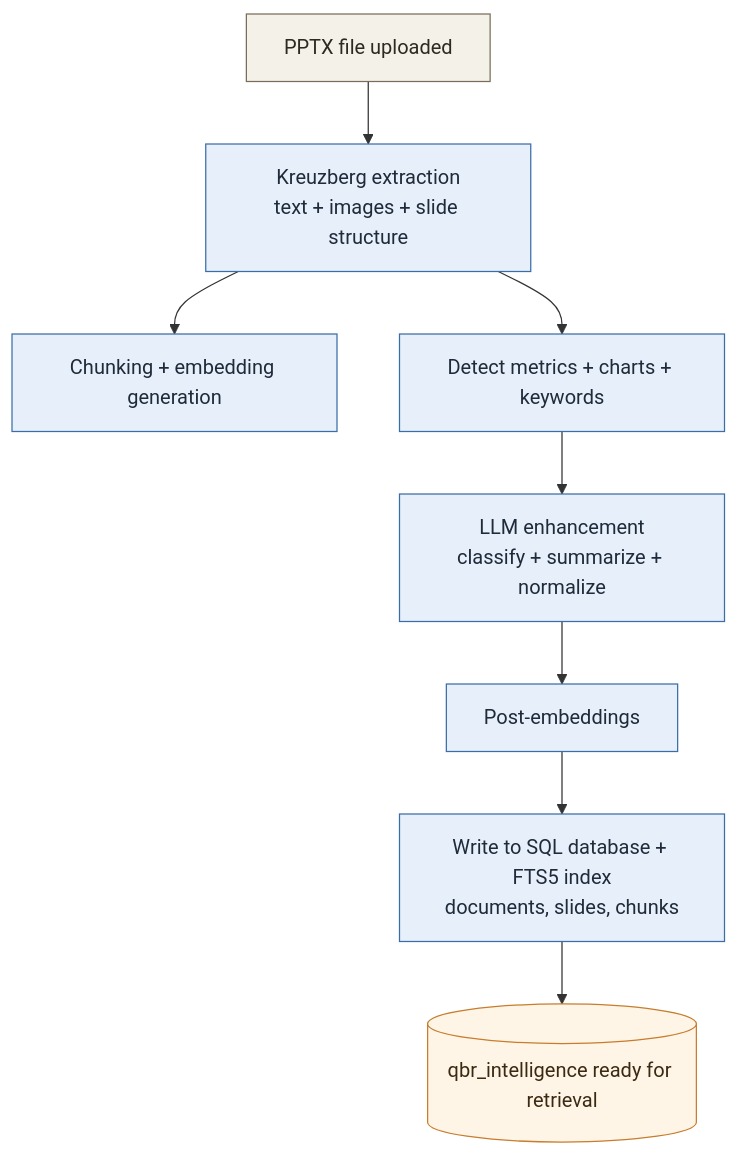
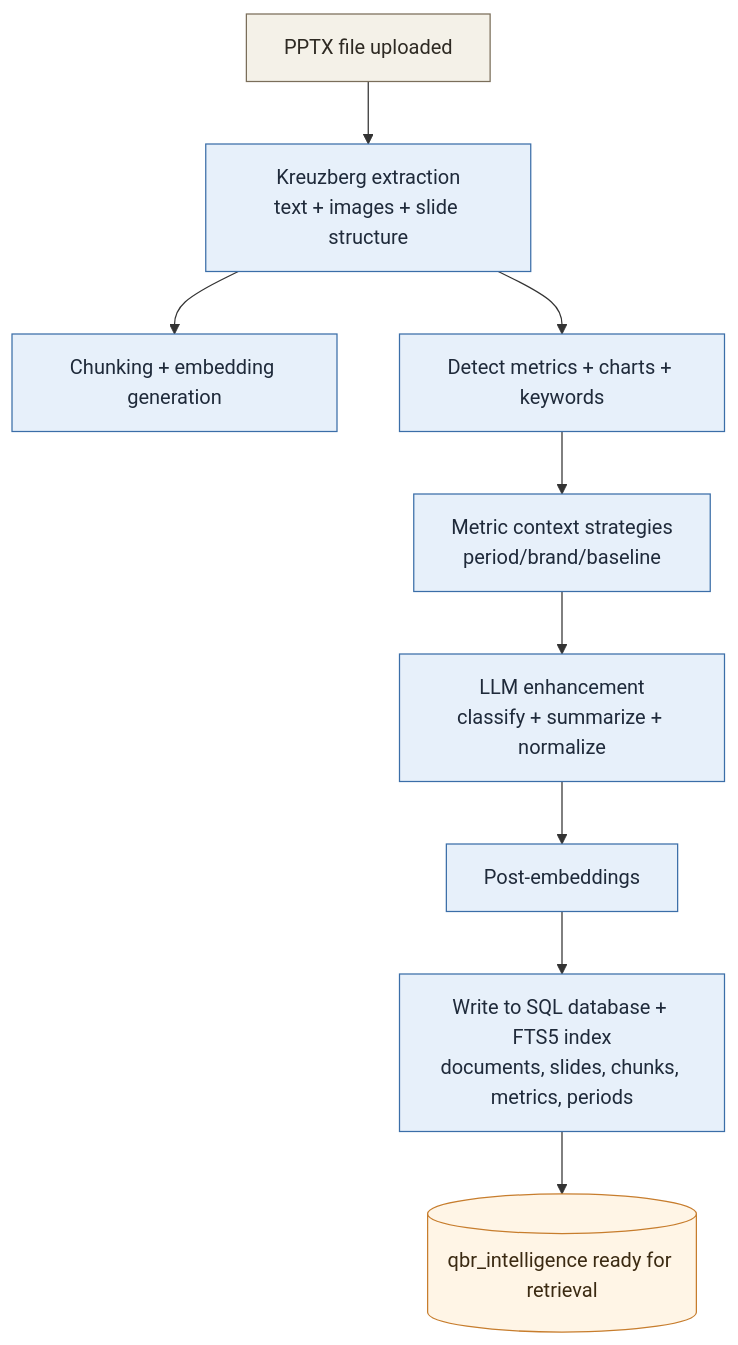
Before and after one commit to bjaimelgads/ai-agent-qbr: the second of 3 diagrams in docs/architecture_workflows.md, drawn with Mermaid. The commit also changed other lines of this file and 1 other file, not shown here.

Commit message:
Updated architecture

````diff
--- a/docs/architecture_workflows.md
+++ b/docs/architecture_workflows.md
@@ -64,14 +65,15 @@
 ```mermaid
 flowchart TD
   classDef source fill:#F4F1E8,stroke:#7A6E5A,color:#2E2A23
   classDef process fill:#E7F0FA,stroke:#3B6EA8,color:#1F2A3A
   classDef store fill:#FFF5E6,stroke:#C77D2D,color:#3B2A12
 
   E1["PPTX file uploaded"]:::source --> E2["Kreuzberg extraction<br/>text + images + slide structure"]:::process
   E2 --> E3["Chunking + embedding generation"]:::process
   E2 --> E4["Detect metrics + charts + keywords"]:::process
-  E4 --> E5["LLM enhancement<br/>classify + summarize + normalize"]:::process
-  E5 --> E6["Post-embeddings"]:::process
-  E6 --> E7["Write to SQL database + FTS5 index<br/>documents, slides, chunks"]:::process
-  E7 --> E8[("qbr_intelligence ready for retrieval")]:::store
+  E4 --> E5["Metric context strategies<br/>period/brand/baseline"]:::process
+  E5 --> E6["LLM enhancement<br/>classify + summarize + normalize"]:::process
+  E6 --> E7["Post-embeddings"]:::process
+  E7 --> E8["Write to SQL database + FTS5 index<br/>documents, slides, chunks, metrics, periods"]:::process
+  E8 --> E9[("qbr_intelligence ready for retrieval")]:::store
 ```
````
